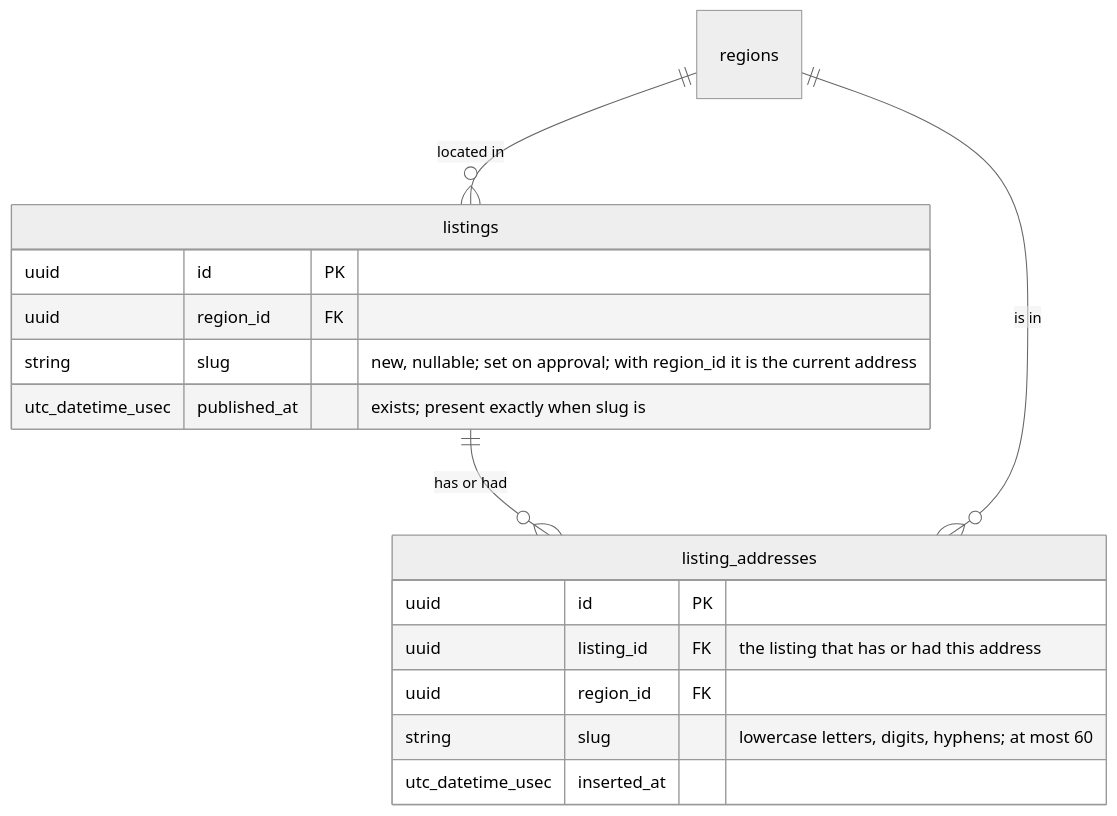
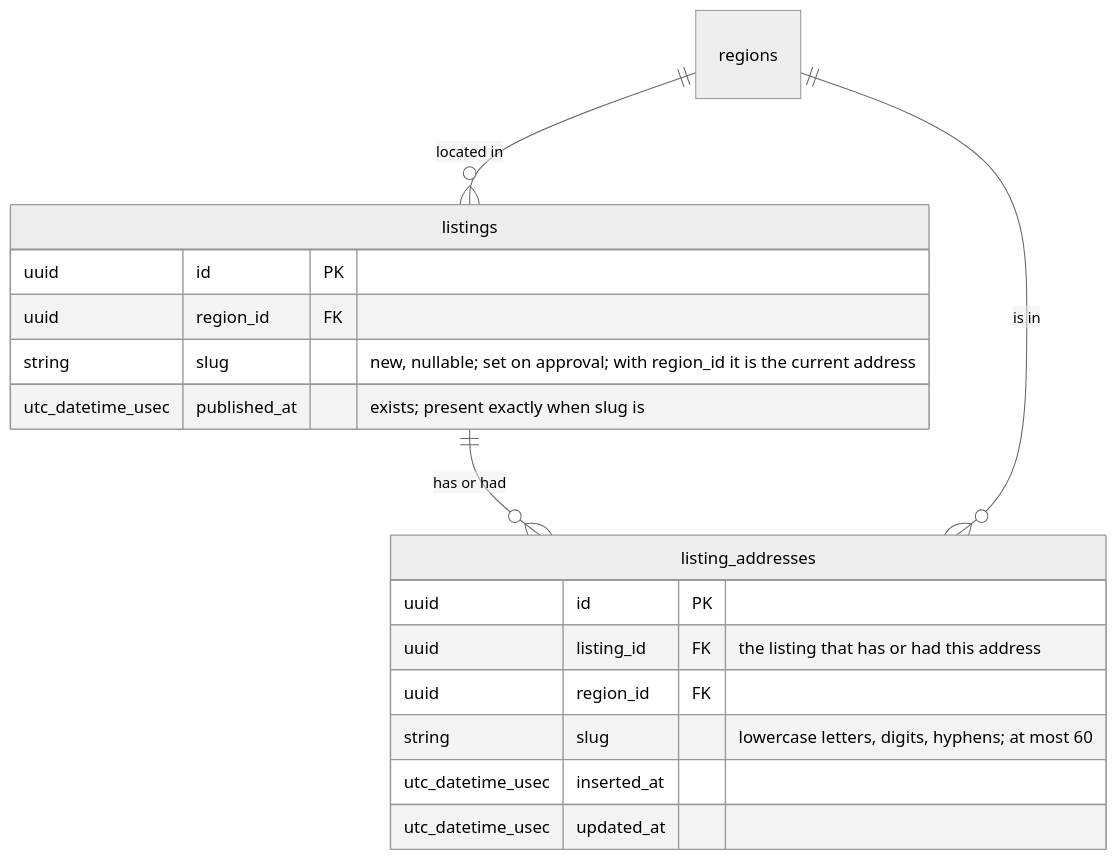
The diagram in docs/specs/005-public-browse-search/plan.md (raseniero/jairojobs-elixir), drawn with Mermaid (neutral theme) before and after one commit. The commit also changed other lines of this file, not shown here.

Commit message:
docs(spec 005 plan): checked against the spec, its diagrams and the architecture; six things fixed, decision 20 added

````diff
--- a/docs/specs/005-public-browse-search/plan.md
+++ b/docs/specs/005-public-browse-search/plan.md
@@ -115,19 +115,20 @@
 ```mermaid
 erDiagram
     regions ||--o{ listings : "located in"
     listings ||--o{ listing_addresses : "has or had"
     regions ||--o{ listing_addresses : "is in"
     listings {
         uuid id PK
         uuid region_id FK
         string slug "new, nullable; set on approval; with region_id it is the current address"
         utc_datetime_usec published_at "exists; present exactly when slug is"
     }
     listing_addresses {
         uuid id PK
         uuid listing_id FK "the listing that has or had this address"
         uuid region_id FK
         string slug "lowercase letters, digits, hyphens; at most 60"
         utc_datetime_usec inserted_at
+        utc_datetime_usec updated_at
     }
 ```
````
